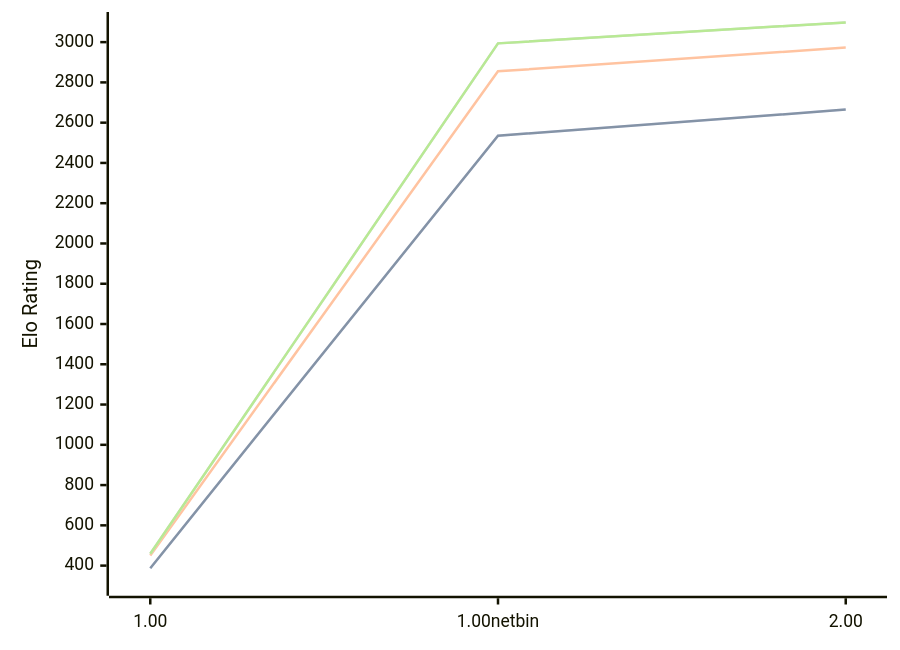
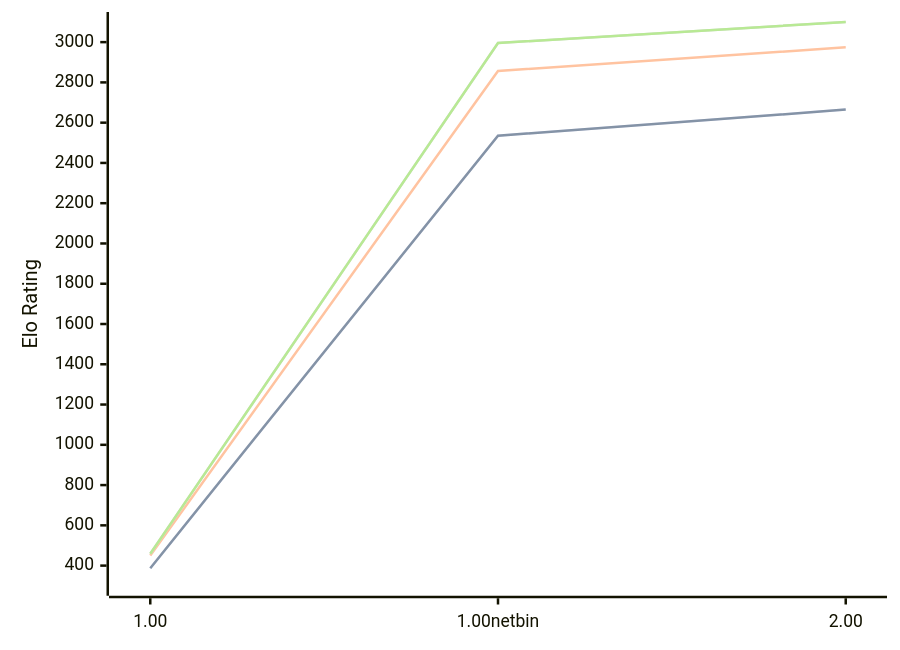
One commit to computer-chess-index/cci changed the first of 3 diagrams in engines/Gilipol.md. Above: the diagram before and after it, drawn with Mermaid. The commit also changed other lines of this file, not shown here.

Commit message:
Update CCI Ratings (ELO VLTC) - 2026-07-12

````diff
--- a/engines/Gilipol.md
+++ b/engines/Gilipol.md
@@ -33,11 +33,11 @@
 ```mermaid
 %%{init: {"theme":"base","themeVariables":{"seriesColors:['#a3a3a3','#222221','#faa371']}}}%%
 xychart-beta
   x-axis ["1.00", "1.00netbin", "2.00"]
   y-axis "Elo Rating" 300 --> 3100
   line "STC (8.0+0.08s)" [387, 2535, 2665]
   line "STC (8.0+0.08s)" [387, 2535, 2665]
-  line "LTC (60.0+0.60s)" [450, 2855, 2973]
-  line "VLTC (2m24s+1.12s)" [459, 2994, 3098]
-  line "VLTC (2m24s+1.12s)" [459, 2994, 3098]
+  line "LTC (60.0+0.60s)" [450, 2857, 2974]
+  line "VLTC (2m24s+1.12s)" [459, 2996, 3100]
+  line "VLTC (2m24s+1.12s)" [459, 2996, 3100]
 ```
````
